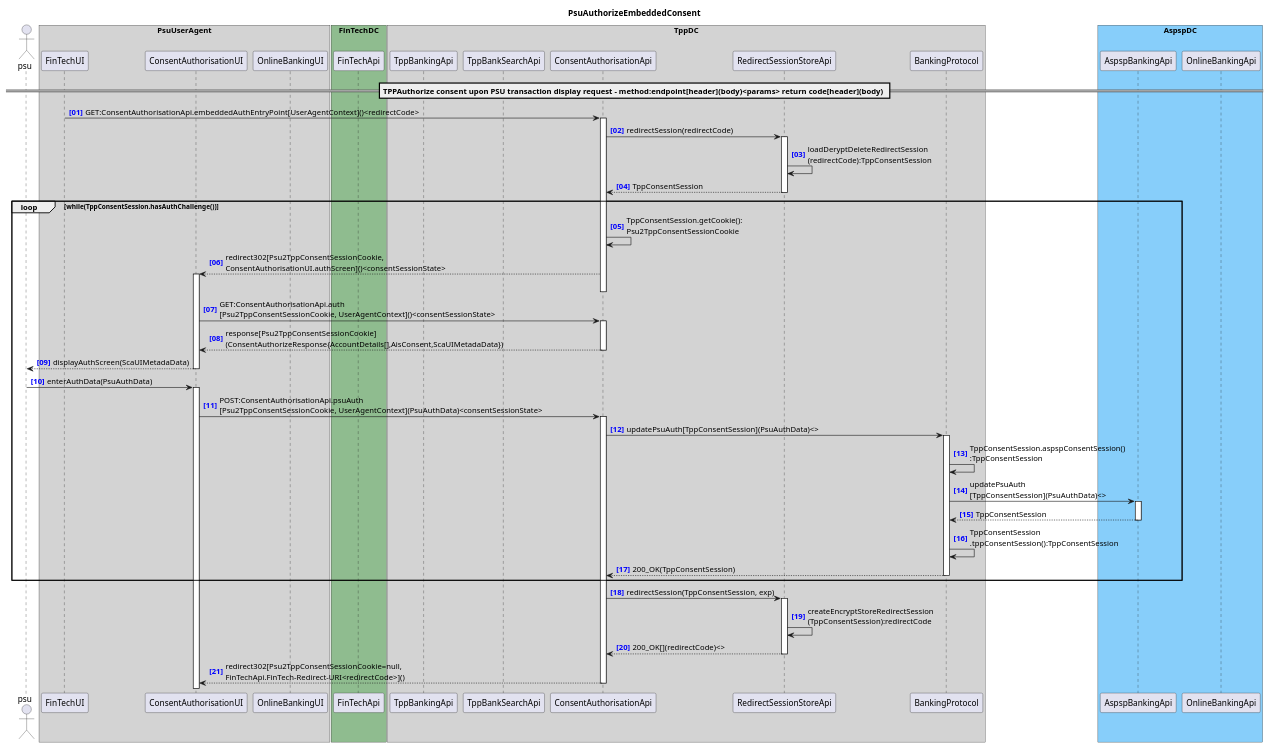
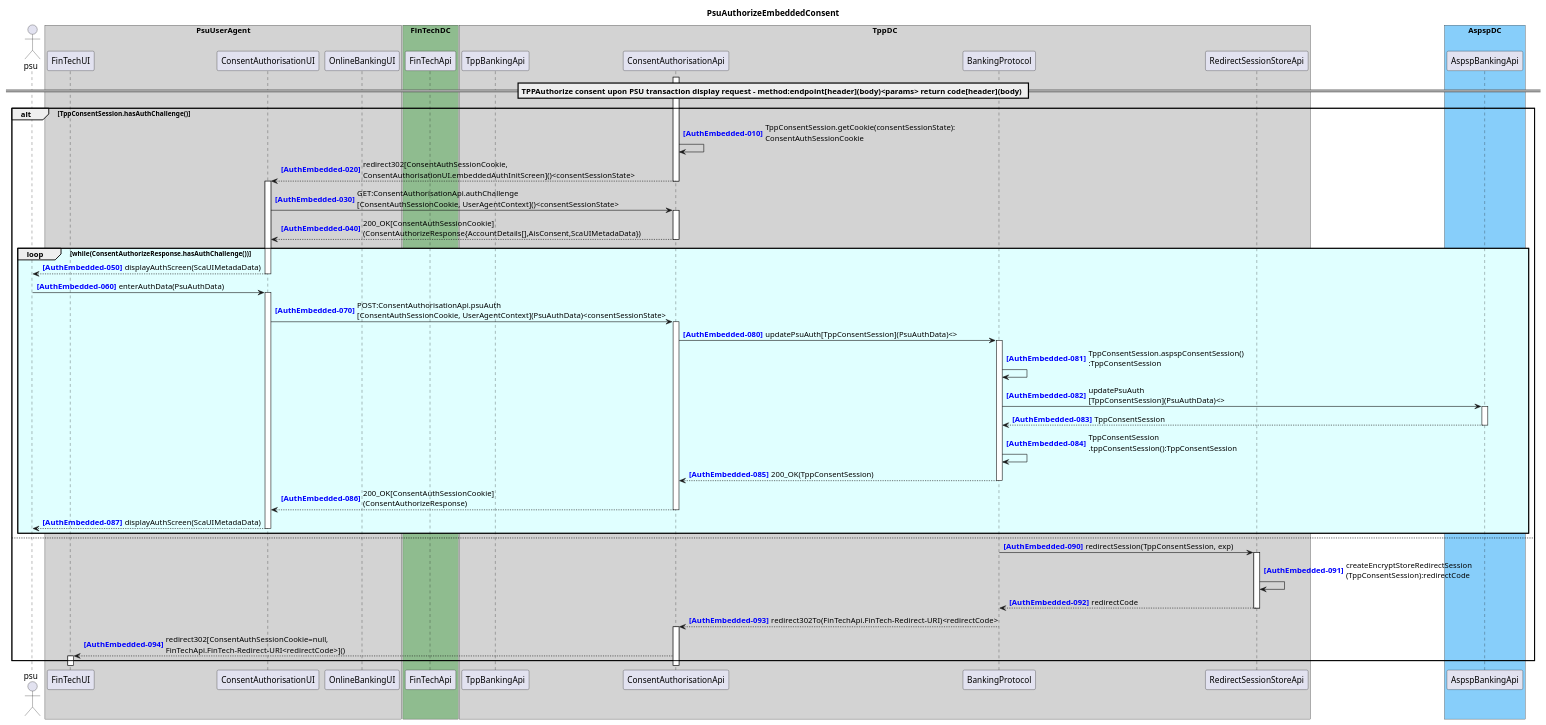
The diagram in docs/architecture/diagrams/useCases/5a-psuAuthEmbeddedConsent.puml (adorsys/open-banking-gateway), drawn with PlantUML before and after one commit. The commit also changed 6 other files, not shown here.

Commit message:
Added details for embedded flow.

```diff
--- a/docs/architecture/diagrams/useCases/5a-psuAuthEmbeddedConsent.puml
+++ b/docs/architecture/diagrams/useCases/5a-psuAuthEmbeddedConsent.puml
@@ -1,53 +1,59 @@
 @startuml PsuAuthorizeEmbeddedConsent
 title PsuAuthorizeEmbeddedConsent
-autonumber "<b><color blue>[00]"
+autonumber 10 10 "<b><color blue>[AuthEmbedded-000]</color></b>"
 actor psu
 
 box "PsuUserAgent" #LightGray
     participant "FinTechUI" as FinTechUI
     participant "ConsentAuthorisationUI" as ConsentAuthorisationUI
     participant "OnlineBankingUI" as OnlineBankingUI
 end box
 box "FinTechDC" #DarkSeaGreen
     participant "FinTechApi" as FinTechApi
 end box
 box "TppDC" #LightGray
     participant "TppBankingApi" as TppBankingApi
-    participant "TppBankSearchApi" as TppBankSearchApi
+    'participant "TppBankSearchApi" as TppBankSearchApi
     participant "ConsentAuthorisationApi" as ConsentAuthorisationApi
 
+    participant "BankingProtocol" as BankingProtocol
     participant "RedirectSessionStoreApi" as RedirectSessionStoreApi
-    participant "BankingProtocol" as BankingProtocol
 end box
 box "AspspDC" #LightSkyBlue
 	participant "AspspBankingApi" as AspspBankingApi
-    participant "OnlineBankingApi" as OnlineBankingApi
+    'participant "OnlineBankingApi" as OnlineBankingApi
 end box
 == TPPAuthorize consent upon PSU transaction display request - method:endpoint[header](body)<params> return code[header](body) ==
-
-FinTechUI -> ConsentAuthorisationApi ++ : GET:ConsentAuthorisationApi.embeddedAuthEntryPoint[UserAgentContext]()<redirectCode>
-ConsentAuthorisationApi -> RedirectSessionStoreApi ++ : redirectSession(redirectCode)
-RedirectSessionStoreApi -> RedirectSessionStoreApi : loadDeryptDeleteRedirectSession\n(redirectCode):TppConsentSession
-return TppConsentSession
-loop while(TppConsentSession.hasAuthChallenge())
-    ConsentAuthorisationApi -> ConsentAuthorisationApi : TppConsentSession.getCookie():\nPsu2TppConsentSessionCookie
-    ConsentAuthorisationApi --> ConsentAuthorisationUI ++ : redirect302[Psu2TppConsentSessionCookie,\nConsentAuthorisationUI.authScreen]()<consentSessionState>
-    deactivate ConsentAuthorisationApi
-    ConsentAuthorisationUI -> ConsentAuthorisationApi ++ : GET:ConsentAuthorisationApi.auth\n[Psu2TppConsentSessionCookie, UserAgentContext]()<consentSessionState>
-    return response[Psu2TppConsentSessionCookie]\n(ConsentAuthorizeResponse{AccountDetails[],AisConsent,ScaUIMetadaData})
+activate ConsentAuthorisationApi
+alt TppConsentSession.hasAuthChallenge()
+ConsentAuthorisationApi -> ConsentAuthorisationApi : TppConsentSession.getCookie(consentSessionState):\nConsentAuthSessionCookie
+ConsentAuthorisationApi --> ConsentAuthorisationUI : redirect302[ConsentAuthSessionCookie,\nConsentAuthorisationUI.embeddedAuthInitScreen]()<consentSessionState>
+deactivate ConsentAuthorisationApi
+activate ConsentAuthorisationUI
+ConsentAuthorisationUI -> ConsentAuthorisationApi ++ : GET:ConsentAuthorisationApi.authChallenge\n[ConsentAuthSessionCookie, UserAgentContext]()<consentSessionState>
+return 200_OK[ConsentAuthSessionCookie]\n(ConsentAuthorizeResponse{AccountDetails[],AisConsent,ScaUIMetadaData})
+loop #LightCyan while(ConsentAuthorizeResponse.hasAuthChallenge())
     ConsentAuthorisationUI --> psu : displayAuthScreen(ScaUIMetadaData)
     deactivate ConsentAuthorisationUI
     psu -> ConsentAuthorisationUI ++ : enterAuthData(PsuAuthData)
-    ConsentAuthorisationUI -> ConsentAuthorisationApi ++ : POST:ConsentAuthorisationApi.psuAuth\n[Psu2TppConsentSessionCookie, UserAgentContext](PsuAuthData)<consentSessionState>
+    ConsentAuthorisationUI -> ConsentAuthorisationApi ++ : POST:ConsentAuthorisationApi.psuAuth\n[ConsentAuthSessionCookie, UserAgentContext](PsuAuthData)<consentSessionState>
+    autonumber 80 1 "<b><color blue>[AuthEmbedded-000]</color></b>"
     ConsentAuthorisationApi -> BankingProtocol ++ : updatePsuAuth[TppConsentSession](PsuAuthData)<>
     BankingProtocol -> BankingProtocol : TppConsentSession.aspspConsentSession()\n:TppConsentSession
     BankingProtocol -> AspspBankingApi ++ : updatePsuAuth\n[TppConsentSession](PsuAuthData)<>
     return TppConsentSession
     BankingProtocol -> BankingProtocol : TppConsentSession\n.tppConsentSession():TppConsentSession
     return 200_OK(TppConsentSession)
+    return 200_OK[ConsentAuthSessionCookie]\n(ConsentAuthorizeResponse)
+    return displayAuthScreen(ScaUIMetadaData)
 end
-ConsentAuthorisationApi -> RedirectSessionStoreApi ++ : redirectSession(TppConsentSession, exp)
+else
+autonumber 90 1 "<b><color blue>[AuthEmbedded-000]</color></b>"
+activate BankingProtocol
+BankingProtocol -> RedirectSessionStoreApi ++ : redirectSession(TppConsentSession, exp)
 RedirectSessionStoreApi -> RedirectSessionStoreApi : createEncryptStoreRedirectSession\n(TppConsentSession):redirectCode
-return 200_OK[](redirectCode)<>
-return redirect302[Psu2TppConsentSessionCookie=null,\nFinTechApi.FinTech-Redirect-URI<redirectCode>]()
+return redirectCode
+BankingProtocol --> ConsentAuthorisationApi ++ : redirect302To(FinTechApi.FinTech-Redirect-URI)<redirectCode>
+ConsentAuthorisationApi --> FinTechUI ++ : redirect302[ConsentAuthSessionCookie=null,\nFinTechApi.FinTech-Redirect-URI<redirectCode>]()
+end
 @enduml
```
